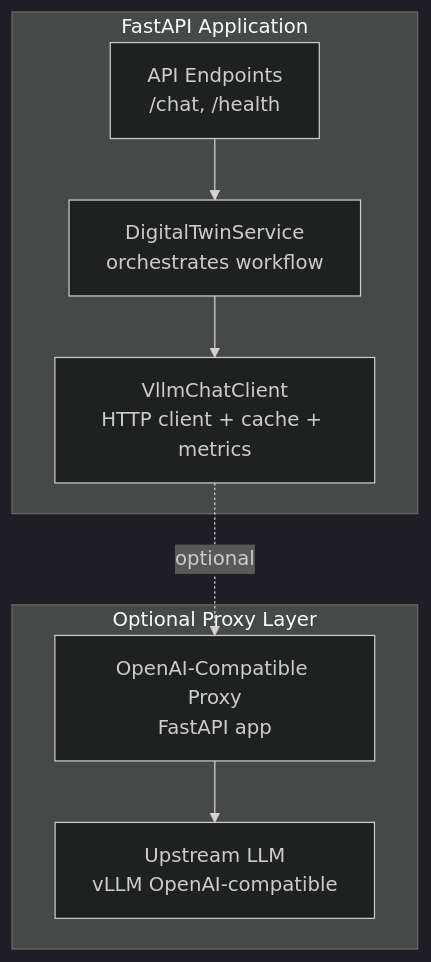
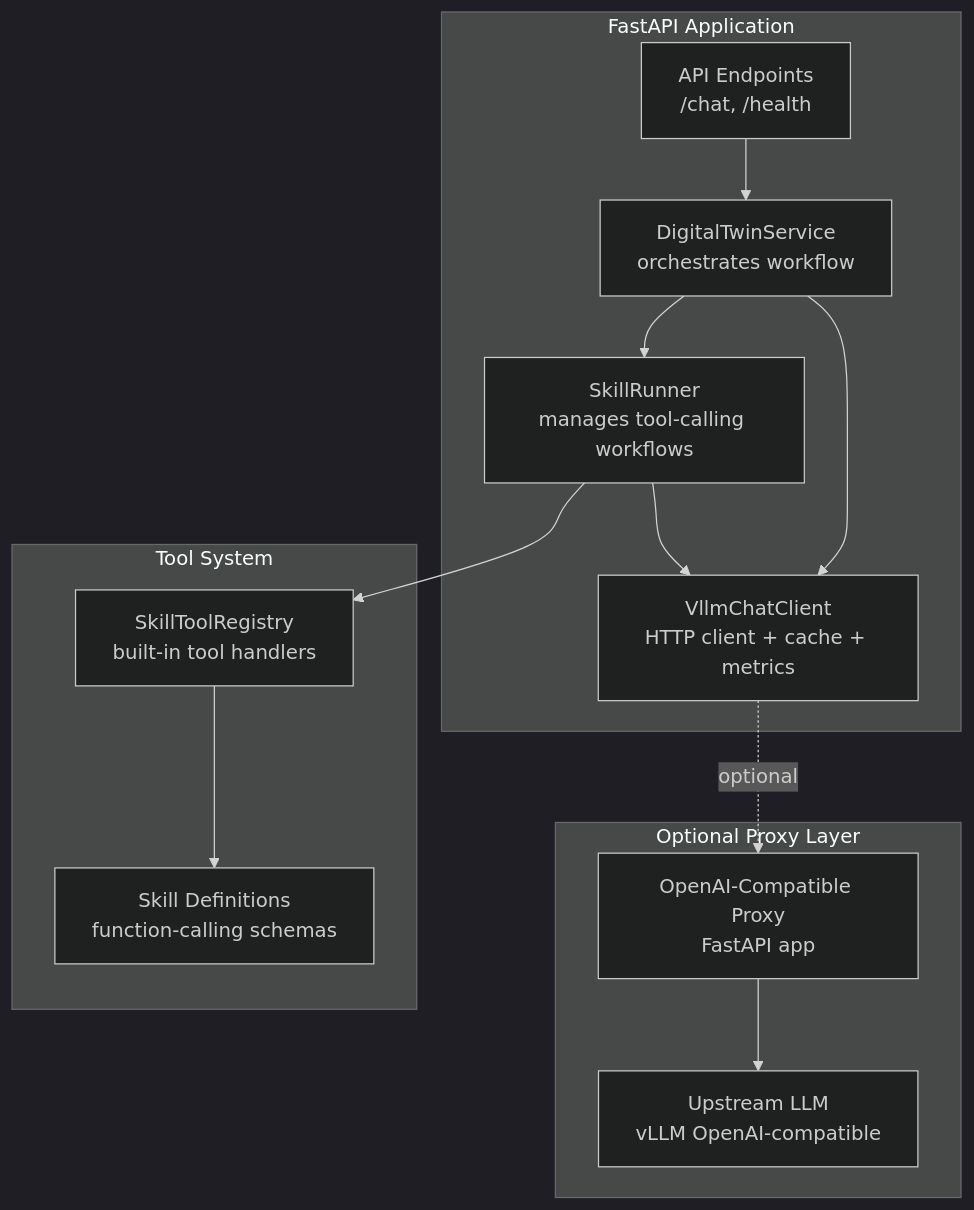
Before and after one commit to intellistream/sage-mate: the first of 10 diagrams in .qoder/repowiki/en/content/Integration and Extensions/LLM Client Architecture.md, drawn with Mermaid (dark theme). The commit also changed other lines of this file and 136 other files, not shown here.

First line of the commit message:
chore: source updates, bidirectional link graph, data and repowiki refresh

````diff
--- a/.qoder/repowiki/en/content/Integration and Extensions/LLM Client Architecture.md
+++ b/.qoder/repowiki/en/content/Integration and Extensions/LLM Client Architecture.md
@@ -43,16 +48,25 @@
 ```mermaid
 graph TB
 subgraph "FastAPI Application"
 API["API Endpoints<br/>/chat, /health"]
 Service["DigitalTwinService<br/>orchestrates workflow"]
 LLMClient["VllmChatClient<br/>HTTP client + cache + metrics"]
+SkillRunner["SkillRunner<br/>manages tool-calling workflows"]
 end
 subgraph "Optional Proxy Layer"
 ProxyApp["OpenAI-Compatible Proxy<br/>FastAPI app"]
 Upstream["Upstream LLM<br/>vLLM OpenAI-compatible"]
 end
+subgraph "Tool System"
+SkillTools["SkillToolRegistry<br/>built-in tool handlers"]
+Skills["Skill Definitions<br/>function-calling schemas"]
+end
 API --> Service
 Service --> LLMClient
+Service --> SkillRunner
+SkillRunner --> LLMClient
+SkillRunner --> SkillTools
+SkillTools --> Skills
 LLMClient -. optional .-> ProxyApp
 ProxyApp --> Upstream
 ```
````
